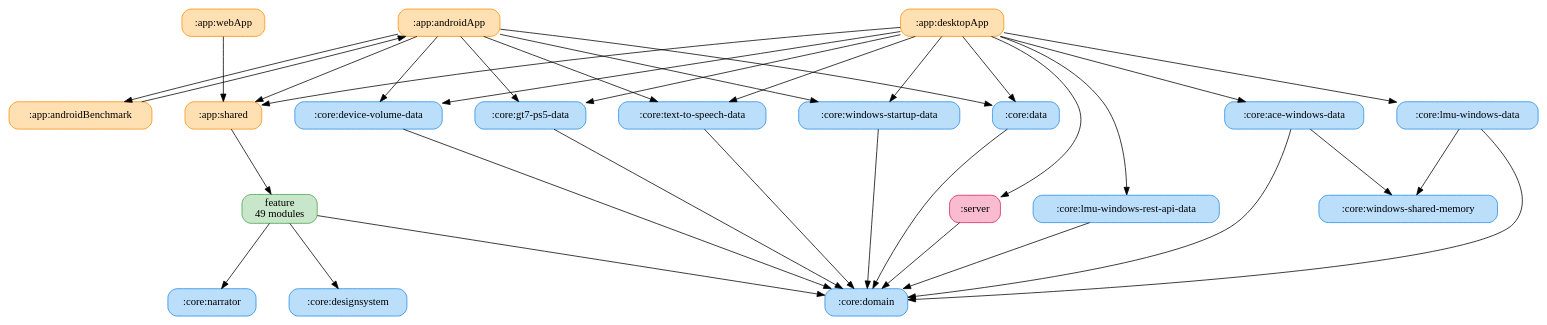
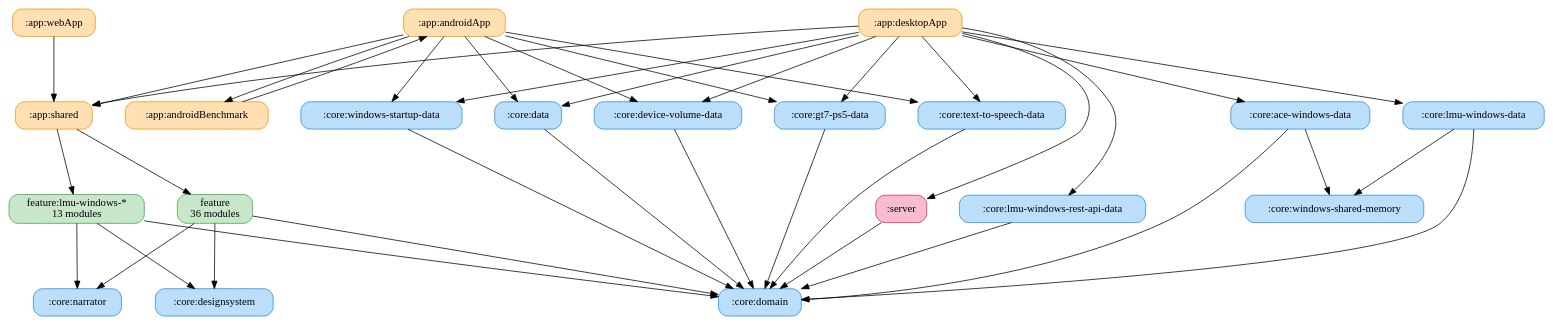
The diagram in docs/graphs/full-graph.gv (ai-kurou/KoDriver), drawn with Graphviz before and after one commit. The commit also changed 2 other files, not shown here.

Commit message:
モジュール依存図の概要図でLMU Windows向けfeatureを別ノードに分割 (#2126)
* モジュール依存図の概要でシミュレーター別のfeatureを個別ノードに分ける

Claude-Session: https://claude.ai/code/session_01NoNbhhRd4Lky3HhGTodQE3

* chore: update module graph images

* 概要図の分割対象をLMU Windowsのみに絞る

Claude-Session: https://claude.ai/code/session_01NoNbhhRd4Lky3HhGTodQE3

* chore: update module graph images

---------

```diff
--- a/docs/graphs/full-graph.gv
+++ b/docs/graphs/full-graph.gv
@@ -1,58 +1,63 @@
 digraph G {
   rankdir=TB
   graph [ranksep=1.2, nodesep=0.6]
   node [shape=box, style="rounded,filled"]
   ":app:androidApp" [label=":app:androidApp", fillcolor="#FFE0B2", color="#FB8C00"]
   ":app:androidBenchmark" [label=":app:androidBenchmark", fillcolor="#FFE0B2", color="#FB8C00"]
   ":app:desktopApp" [label=":app:desktopApp", fillcolor="#FFE0B2", color="#FB8C00"]
   ":app:shared" [label=":app:shared", fillcolor="#FFE0B2", color="#FB8C00"]
   ":app:webApp" [label=":app:webApp", fillcolor="#FFE0B2", color="#FB8C00"]
   ":core:ace-windows-data" [label=":core:ace-windows-data", fillcolor="#BBDEFB", color="#1E88E5"]
   ":core:data" [label=":core:data", fillcolor="#BBDEFB", color="#1E88E5"]
   ":core:designsystem" [label=":core:designsystem", fillcolor="#BBDEFB", color="#1E88E5"]
   ":core:device-volume-data" [label=":core:device-volume-data", fillcolor="#BBDEFB", color="#1E88E5"]
   ":core:domain" [label=":core:domain", fillcolor="#BBDEFB", color="#1E88E5"]
   ":core:gt7-ps5-data" [label=":core:gt7-ps5-data", fillcolor="#BBDEFB", color="#1E88E5"]
   ":core:lmu-windows-data" [label=":core:lmu-windows-data", fillcolor="#BBDEFB", color="#1E88E5"]
   ":core:lmu-windows-rest-api-data" [label=":core:lmu-windows-rest-api-data", fillcolor="#BBDEFB", color="#1E88E5"]
   ":core:narrator" [label=":core:narrator", fillcolor="#BBDEFB", color="#1E88E5"]
   ":core:text-to-speech-data" [label=":core:text-to-speech-data", fillcolor="#BBDEFB", color="#1E88E5"]
   ":core:windows-shared-memory" [label=":core:windows-shared-memory", fillcolor="#BBDEFB", color="#1E88E5"]
   ":core:windows-startup-data" [label=":core:windows-startup-data", fillcolor="#BBDEFB", color="#1E88E5"]
+  ":feature:lmu-windows-*" [label="feature:lmu-windows-*\n13 modules", fillcolor="#C8E6C9", color="#43A047"]
   ":server" [label=":server", fillcolor="#F8BBD0", color="#D81B60"]
-  "feature" [label="feature\n49 modules", fillcolor="#C8E6C9", color="#43A047"]
+  "feature" [label="feature\n36 modules", fillcolor="#C8E6C9", color="#43A047"]
   ":app:androidApp" -> ":app:androidBenchmark"
   ":app:androidApp" -> ":app:shared"
   ":app:androidApp" -> ":core:data"
   ":app:androidApp" -> ":core:device-volume-data"
   ":app:androidApp" -> ":core:gt7-ps5-data"
   ":app:androidApp" -> ":core:text-to-speech-data"
   ":app:androidApp" -> ":core:windows-startup-data"
   ":app:androidBenchmark" -> ":app:androidApp"
   ":app:desktopApp" -> ":app:shared"
   ":app:desktopApp" -> ":core:ace-windows-data"
   ":app:desktopApp" -> ":core:data"
   ":app:desktopApp" -> ":core:device-volume-data"
   ":app:desktopApp" -> ":core:gt7-ps5-data"
   ":app:desktopApp" -> ":core:lmu-windows-data"
   ":app:desktopApp" -> ":core:lmu-windows-rest-api-data"
   ":app:desktopApp" -> ":core:text-to-speech-data"
   ":app:desktopApp" -> ":core:windows-startup-data"
   ":app:desktopApp" -> ":server"
+  ":app:shared" -> ":feature:lmu-windows-*"
   ":app:shared" -> "feature"
   ":app:webApp" -> ":app:shared"
   ":core:ace-windows-data" -> ":core:domain"
   ":core:ace-windows-data" -> ":core:windows-shared-memory"
   ":core:data" -> ":core:domain"
   ":core:device-volume-data" -> ":core:domain"
   ":core:gt7-ps5-data" -> ":core:domain"
   ":core:lmu-windows-data" -> ":core:domain"
   ":core:lmu-windows-data" -> ":core:windows-shared-memory"
   ":core:lmu-windows-rest-api-data" -> ":core:domain"
   ":core:text-to-speech-data" -> ":core:domain"
   ":core:windows-startup-data" -> ":core:domain"
+  ":feature:lmu-windows-*" -> ":core:designsystem"
+  ":feature:lmu-windows-*" -> ":core:domain"
+  ":feature:lmu-windows-*" -> ":core:narrator"
   ":server" -> ":core:domain"
   "feature" -> ":core:designsystem"
   "feature" -> ":core:domain"
   "feature" -> ":core:narrator"
 }
```
